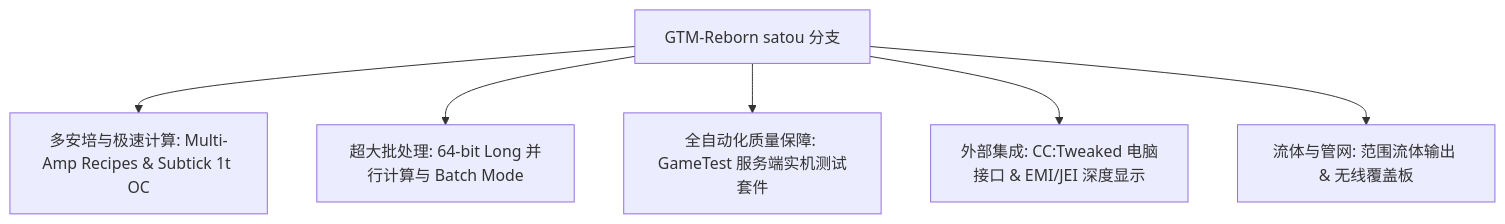
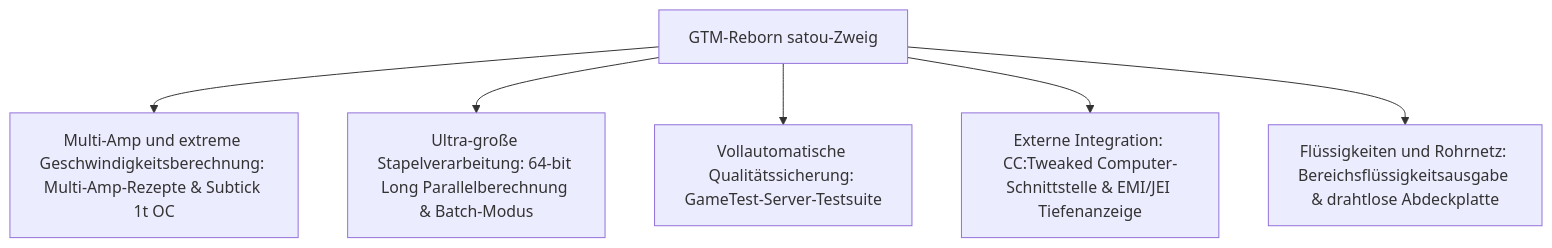
The diagram in docs/de/gtm-reborn/index.md (takanashisatou/GregtechEasy), drawn with Mermaid before and after one commit. The commit also changed other lines of this file and 138 other files, not shown here.

````diff
--- a/docs/de/gtm-reborn/index.md
+++ b/docs/de/gtm-reborn/index.md
@@ -11,8 +11,8 @@
 ```mermaid
 graph TD
-    A[GTM-Reborn satou 分支] --> B[多安培与极速计算: Multi-Amp Recipes & Subtick 1t OC]
-    A --> C[超大批处理: 64-bit Long 并行计算与 Batch Mode]
-    A --> D[全自动化质量保障: GameTest 服务端实机测试套件]
-    A --> E[外部集成: CC:Tweaked 电脑接口 & EMI/JEI 深度显示]
-    A --> F[流体与管网: 范围流体输出 & 无线覆盖板]
+    A[GTM-Reborn satou-Zweig] --> B[Multi-Amp und extreme Geschwindigkeitsberechnung: Multi-Amp-Rezepte & Subtick 1t OC]
+    A --> C[Ultra-große Stapelverarbeitung: 64-bit Long Parallelberechnung & Batch-Modus]
+    A --> D[Vollautomatische Qualitätssicherung: GameTest-Server-Testsuite]
+    A --> E[Externe Integration: CC:Tweaked Computer-Schnittstelle & EMI/JEI Tiefenanzeige]
+    A --> F[Flüssigkeiten und Rohrnetz: Bereichsflüssigkeitsausgabe & drahtlose Abdeckplatte]
 ```
````
